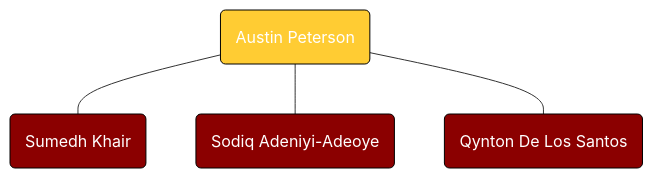
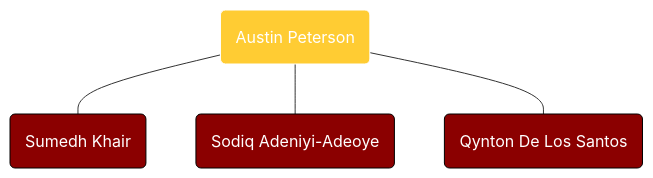
Before and after one commit to gianlezotte/familytree: the diagram in Austin Peterson's Line.md, drawn with Mermaid. The commit also changed 13 other files, not shown here.

````diff
--- a/Austin Peterson's Line.md
+++ b/Austin Peterson's Line.md
@@ -1,14 +1,14 @@
 ```mermaid
 flowchart TD
 
 %% Colors %%
 
 classDef red fill:#8B0000,stroke:#000,color:#FFF
-classDef gold fill:#FFCC33,stroke:#000,color:#FFF
+classDef gold fill:#FFCC33,stroke:#FFF,color:#FFF
 
 %% Austin Peterson's Line %%
 M207(Austin Peterson):::gold---M233 & M234
 M233(Sumedh Khair):::red
 M234(Sodiq Adeniyi-Adeoye):::red
 M207---M303(Qynton De Los Santos):::red
 ```
````
